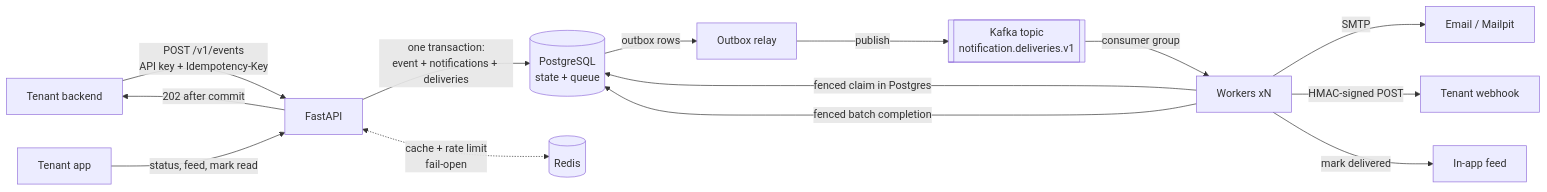
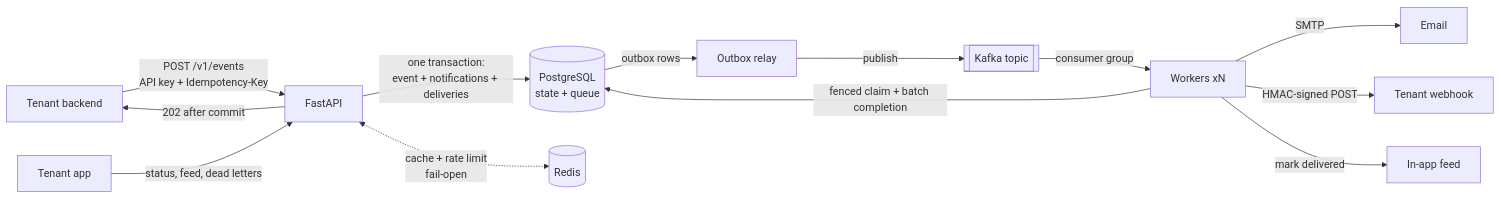
One commit to iampdt/scalable-event-notification-platform changed the diagram in README.md. Above: the diagram before and after it, drawn with Mermaid. The commit also changed other lines of this file and 3 other files, not shown here.

````diff
--- a/README.md
+++ b/README.md
@@ -15,16 +18,15 @@
 ```mermaid
 flowchart LR
   P[Tenant backend] -->|POST /v1/events<br/>API key + Idempotency-Key| API[FastAPI]
   API -->|one transaction:<br/>event + notifications + deliveries| DB[(PostgreSQL<br/>state + queue)]
   API -->|202 after commit| P
   API <-.->|cache + rate limit<br/>fail-open| R[(Redis)]
   DB -->|outbox rows| RL[Outbox relay]
-  RL -->|publish| K[[Kafka topic<br/>notification.deliveries.v1]]
+  RL -->|publish| K[[Kafka topic]]
   K -->|consumer group| W[Workers xN]
-  W -->|fenced claim in Postgres| DB
-  W -->|SMTP| M[Email / Mailpit]
+  W -->|fenced claim + batch completion| DB
+  W -->|SMTP| M[Email]
   W -->|HMAC-signed POST| H[Tenant webhook]
   W -->|mark delivered| F[In-app feed]
-  W -->|fenced batch completion| DB
-  U[Tenant app] -->|status, feed, mark read| API
+  U[Tenant app] -->|status, feed, dead letters| API
 ```
````
